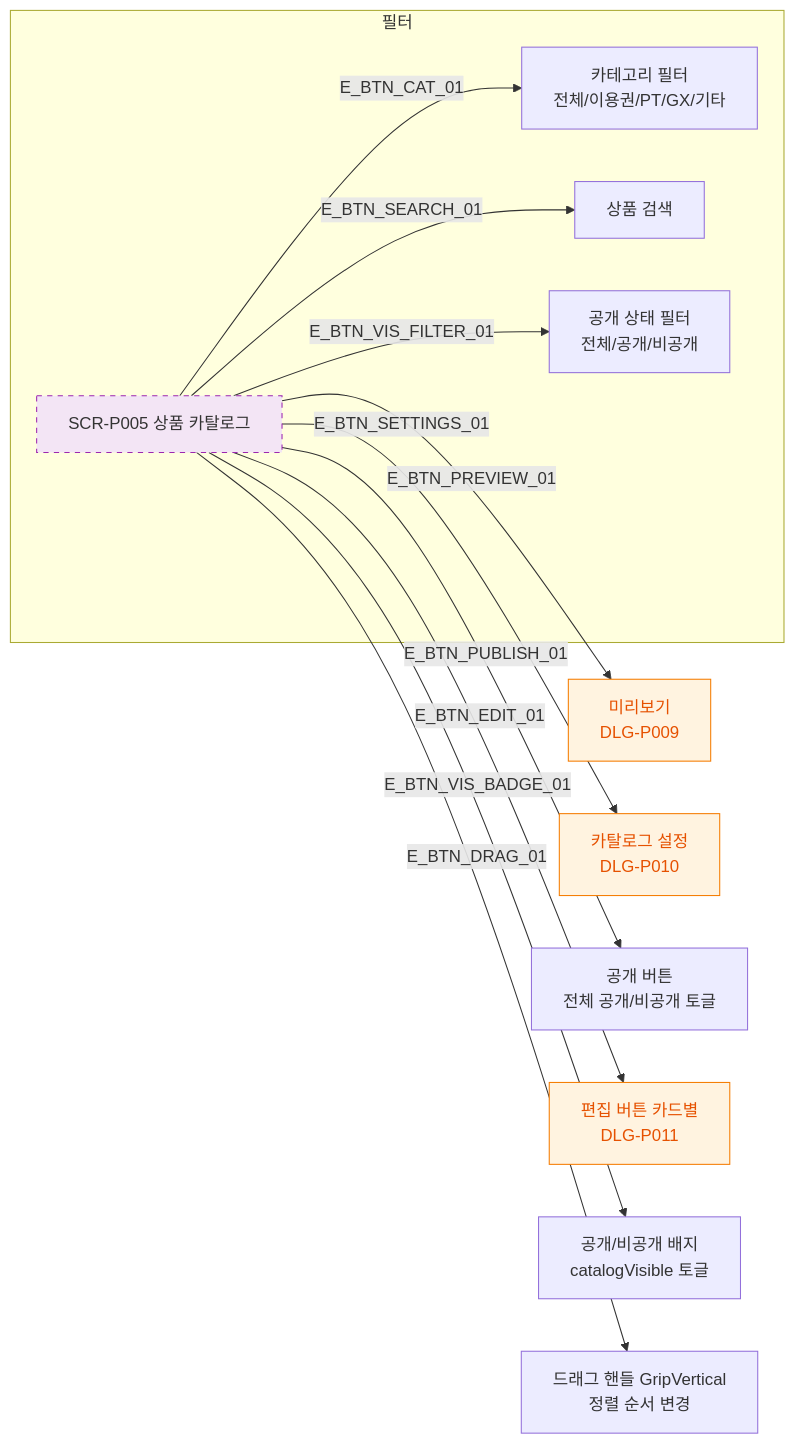
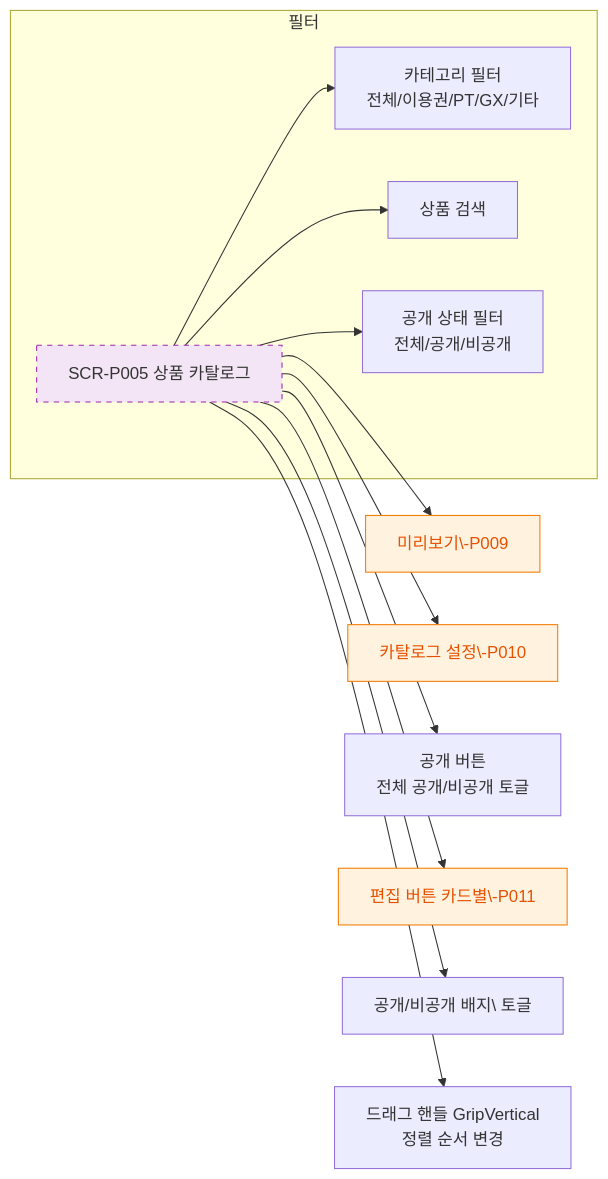
One commit to dev-spogym/admin-pando changed the diagram in docs/다이어그램/D05_상품관리/SCR-P005_상품카탈로그/F3_버튼액션.md. Above: the diagram before and after it, drawn with Mermaid. The commit also changed other lines of this file and 1660 other files, not shown here.

First line of the commit message:
다이어그램: 기획자/클라이언트 납품본으로 정리

````diff
--- a/docs/다이어그램/D05_상품관리/SCR-P005_상품카탈로그/F3_버튼액션.md
+++ b/docs/다이어그램/D05_상품관리/SCR-P005_상품카탈로그/F3_버튼액션.md
@@ -16,22 +14,22 @@
 ```mermaid
 flowchart LR
     SCR_P005[SCR-P005 상품 카탈로그]
 
-    SCR_P005 -->|E_BTN_PREVIEW_01| BTN_PREVIEW[미리보기\nDLG-P009]
-    SCR_P005 -->|E_BTN_SETTINGS_01| BTN_SETTINGS[카탈로그 설정\nDLG-P010]
-    SCR_P005 -->|E_BTN_PUBLISH_01| BTN_PUBLISH[공개 버튼\n전체 공개/비공개 토글]
-    SCR_P005 -->|E_BTN_EDIT_01| BTN_EDIT[편집 버튼 카드별\nDLG-P011]
-    SCR_P005 -->|E_BTN_VIS_BADGE_01| BTN_VIS[공개/비공개 배지\ncatalogVisible 토글]
-    SCR_P005 -->|E_BTN_DRAG_01| BTN_DRAG[드래그 핸들 GripVertical\n정렬 순서 변경]
+    SCR_P005 --> BTN_PREVIEW[미리보기\-P009]
+    SCR_P005 --> BTN_SETTINGS[카탈로그 설정\-P010]
+    SCR_P005 --> BTN_PUBLISH[공개 버튼\n전체 공개/비공개 토글]
+    SCR_P005 --> BTN_EDIT[편집 버튼 카드별\-P011]
+    SCR_P005 --> BTN_VIS[공개/비공개 배지\ 토글]
+    SCR_P005 --> BTN_DRAG[드래그 핸들 GripVertical\n정렬 순서 변경]
 
     subgraph 필터
-        SCR_P005 -->|E_BTN_CAT_01| CAT_FILTER[카테고리 필터\n전체/이용권/PT/GX/기타]
-        SCR_P005 -->|E_BTN_SEARCH_01| SEARCH[상품 검색]
-        SCR_P005 -->|E_BTN_VIS_FILTER_01| VIS_FILTER[공개 상태 필터\n전체/공개/비공개]
+        SCR_P005 --> CAT_FILTER[카테고리 필터\n전체/이용권/PT/GX/기타]
+        SCR_P005 --> SEARCH[상품 검색]
+        SCR_P005 --> VIS_FILTER[공개 상태 필터\n전체/공개/비공개]
     end
 
     classDef screen fill:#F3E5F5,stroke:#9C27B0,stroke-dasharray:5 5
     classDef modal fill:#FFF3E0,stroke:#F57C00,color:#E65100
     class SCR_P005 screen
     class BTN_PREVIEW,BTN_SETTINGS,BTN_EDIT modal
 ```
````
